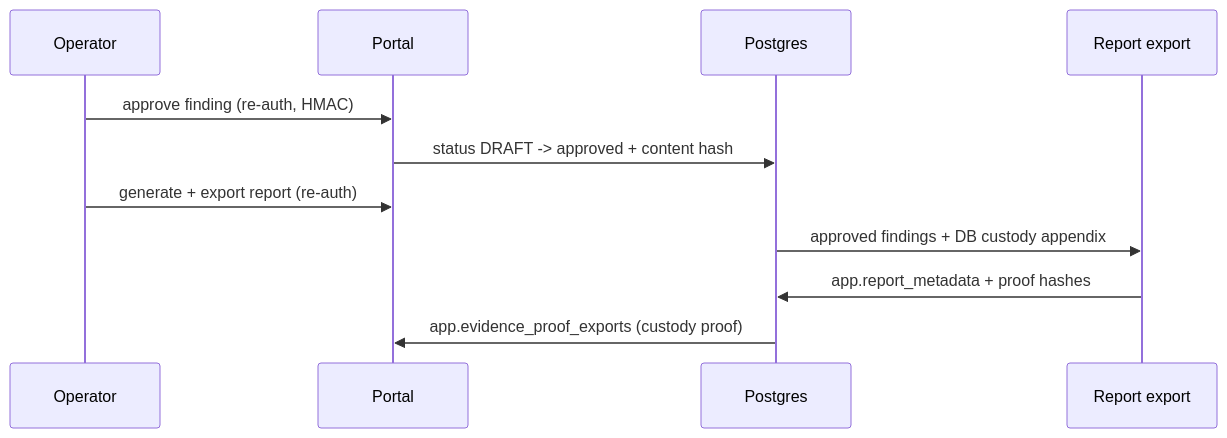
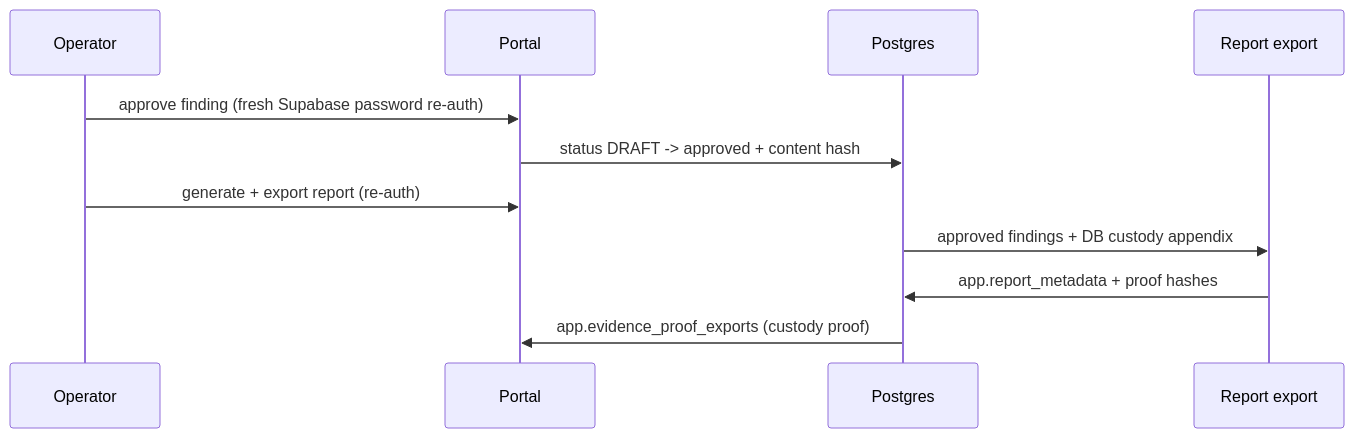
One commit to xyehya/sift-mcps changed the fifth of 5 diagrams in docs/drafts/architecture.md. Above: the diagram before and after it, drawn with Mermaid. The commit also changed 16 other files, not shown here.

````diff
--- a/docs/drafts/architecture.md
+++ b/docs/drafts/architecture.md
@@ -221,13 +221,13 @@
 ```mermaid
 sequenceDiagram
   participant OP as Operator
   participant POR as Portal
   participant PG as Postgres
   participant REP as Report export
-  OP->>POR: approve finding (re-auth, HMAC)
+  OP->>POR: approve finding (fresh Supabase password re-auth)
   POR->>PG: status DRAFT -> approved + content hash
   OP->>POR: generate + export report (re-auth)
   PG->>REP: approved findings + DB custody appendix
   REP->>PG: app.report_metadata + proof hashes
   PG->>POR: app.evidence_proof_exports (custody proof)
 ```
````
